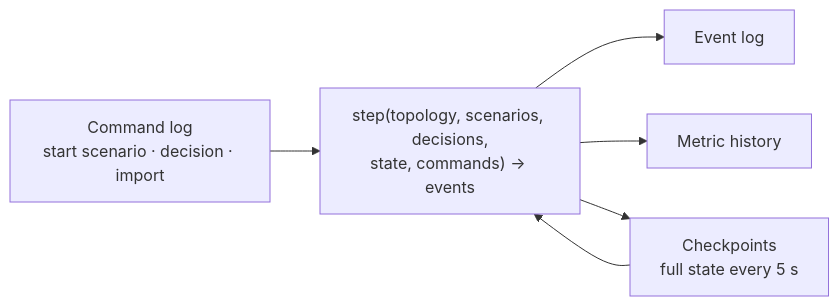
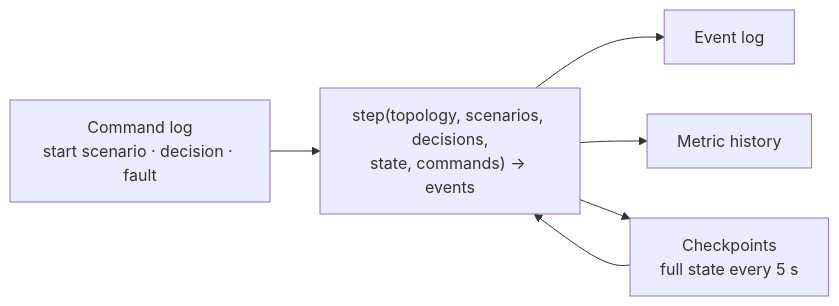
The second of 2 diagrams in docs/ARCHITECTURE.md (cleissonbarbosa/csdt), drawn with Mermaid before and after one commit. The commit also changed other lines of this file and 115 other files, not shown here.

````diff
--- a/docs/ARCHITECTURE.md
+++ b/docs/ARCHITECTURE.md
@@ -210,8 +211,8 @@
 ```mermaid
 flowchart LR
-  C[Command log<br/>start scenario · decision · import] --> S
+  C[Command log<br/>start scenario · decision · fault] --> S
   K[Checkpoints<br/>full state every 5 s] --> S
   S["step(topology, scenarios, decisions,<br/>state, commands) → events"] --> E[Event log]
   S --> M[Metric history]
   S --> K
 ```
````
